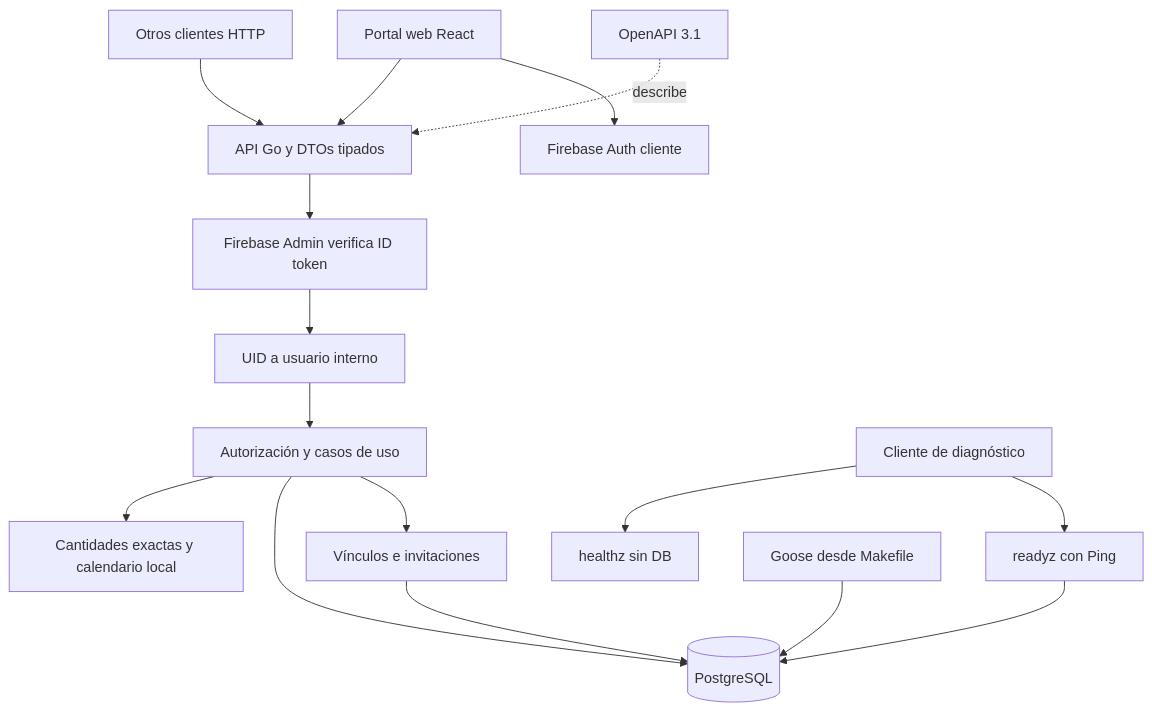
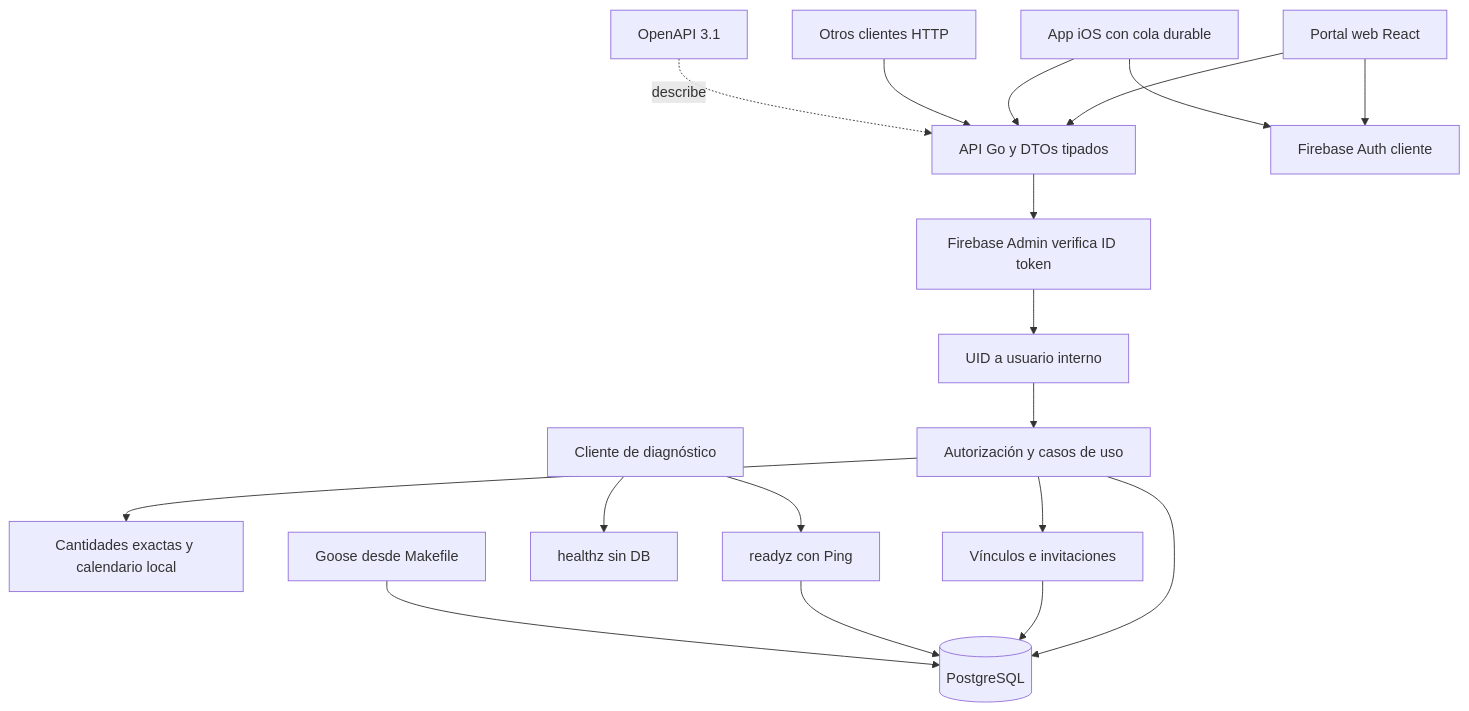
The diagram in docs/00-home.md (Nandem1/nndsk-medication-tracker), drawn with Mermaid before and after one commit. The commit also changed other lines of this file and 52 other files, not shown here.

````diff
--- a/docs/00-home.md
+++ b/docs/00-home.md
@@ -5,18 +5,20 @@
 ```mermaid
 flowchart TB
     Web[Portal web React] --> HTTP[API Go y DTOs tipados]
     Web --> Login[Firebase Auth cliente]
+    IOS[App iOS con cola durable] --> HTTP
+    IOS --> Login
     Client[Otros clientes HTTP] --> HTTP
     HTTP --> Identity[Firebase Admin verifica ID token]
     Identity --> User[UID a usuario interno]
     User --> UseCases[Autorización y casos de uso]
     UseCases --> Domain[Cantidades exactas y calendario local]
     UseCases --> DB[(PostgreSQL)]
     UseCases --> Consent[Vínculos e invitaciones]
     Consent --> DB
     Probe[Cliente de diagnóstico] --> Health[healthz sin DB]
     Probe --> Ready[readyz con Ping]
     Ready --> DB
     Goose[Goose desde Makefile] --> DB
     Contract[OpenAPI 3.1] -. describe .-> HTTP
 ```
````
